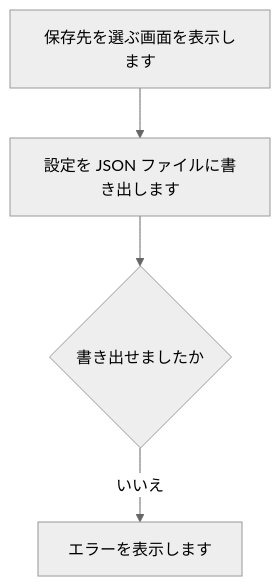
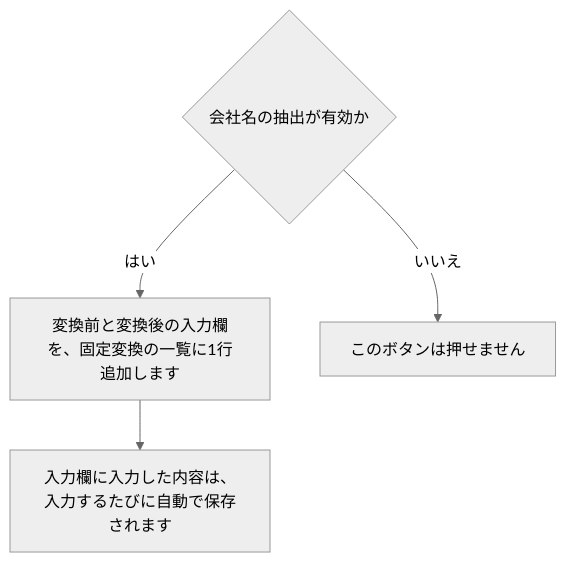
Before and after one commit to nishida2073/project_management: diagram 17 of 33 in tool/smstokintone/doc/02_設計/処理フロー.md, drawn with Mermaid (neutral theme). The commit also changed other lines of this file and 5 other files, not shown here.

````diff
--- a/tool/smstokintone/doc/02_設計/処理フロー.md
+++ b/tool/smstokintone/doc/02_設計/処理フロー.md
@@ -224,6 +296,7 @@
 ```mermaid
 flowchart TD
-  A[保存先を選ぶ画面を表示します] --> B[設定を JSON ファイルに書き出します]
-  B --> C{書き出せましたか}
-  C -- いいえ --> D[エラーを表示します]
+  A{"会社名の抽出が有効か"}
+  A -- はい --> C["変換前と変換後の入力欄を、固定変換の一覧に1行追加します"]
+  A -- いいえ --> B["このボタンは押せません"]
+  C --> D["入力欄に入力した内容は、入力するたびに自動で保存されます"]
 ```
````
